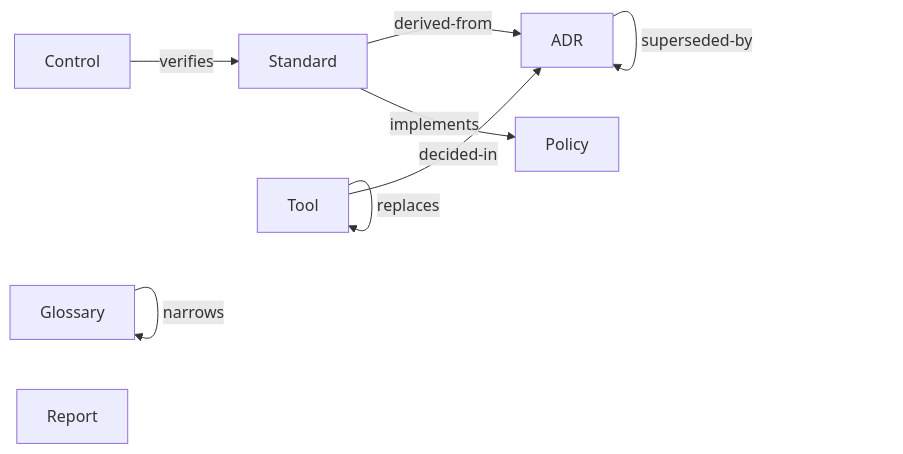
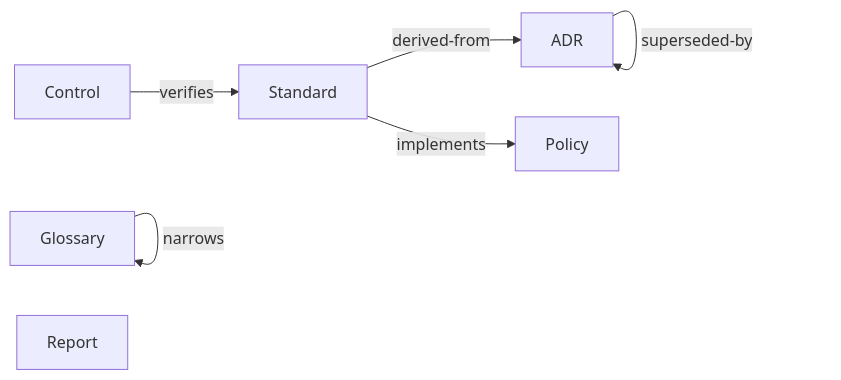
One commit to paul80nd/knowledge-as-code changed the diagram in examples/engineering/knowledge-as-code/taxonomy.md. Above: the diagram before and after it, drawn with Mermaid. The commit also changed other lines of this file and 9 other files, not shown here.

````diff
--- a/examples/engineering/knowledge-as-code/taxonomy.md
+++ b/examples/engineering/knowledge-as-code/taxonomy.md
@@ -90,18 +86,15 @@
 ```mermaid
 graph LR;
   t_adrs[ADR];
   t_controls[Control];
   t_glossary[Glossary];
   t_policies[Policy];
   t_reports[Report];
   t_standards[Standard];
-  t_tools[Tool];
   t_adrs -- related --> t_adrs;
   t_adrs -- superseded-by --> t_adrs;
   t_controls -- verifies --> t_standards;
   t_glossary -- narrows --> t_glossary;
   t_standards -- derived-from --> t_adrs;
   t_standards -- implements --> t_policies;
-  t_tools -- decided-in --> t_adrs;
-  t_tools -- replaces --> t_tools;
 ```
````
